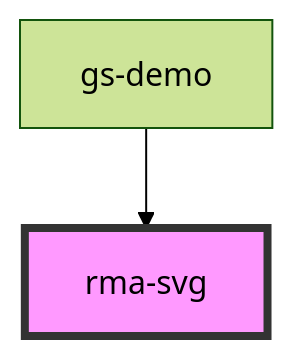
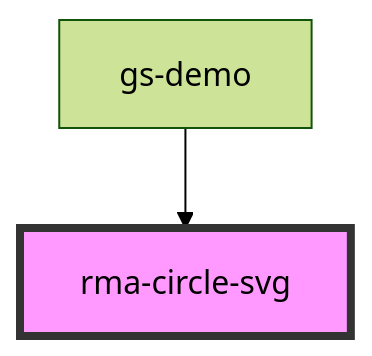
The diagram in src/components/svg/readme.md (gsiwatch/web-component), drawn with Mermaid (forest theme) before and after one commit. The commit also changed 4 other files, not shown here.

````diff
--- a/src/components/svg/readme.md
+++ b/src/components/svg/readme.md
@@ -15,5 +15,5 @@
 ```mermaid
 graph TD;
-  gs-demo --> rma-svg
-  style rma-svg fill:#f9f,stroke:#333,stroke-width:4px
+  gs-demo --> rma-circle-svg
+  style rma-circle-svg fill:#f9f,stroke:#333,stroke-width:4px
 ```
````
